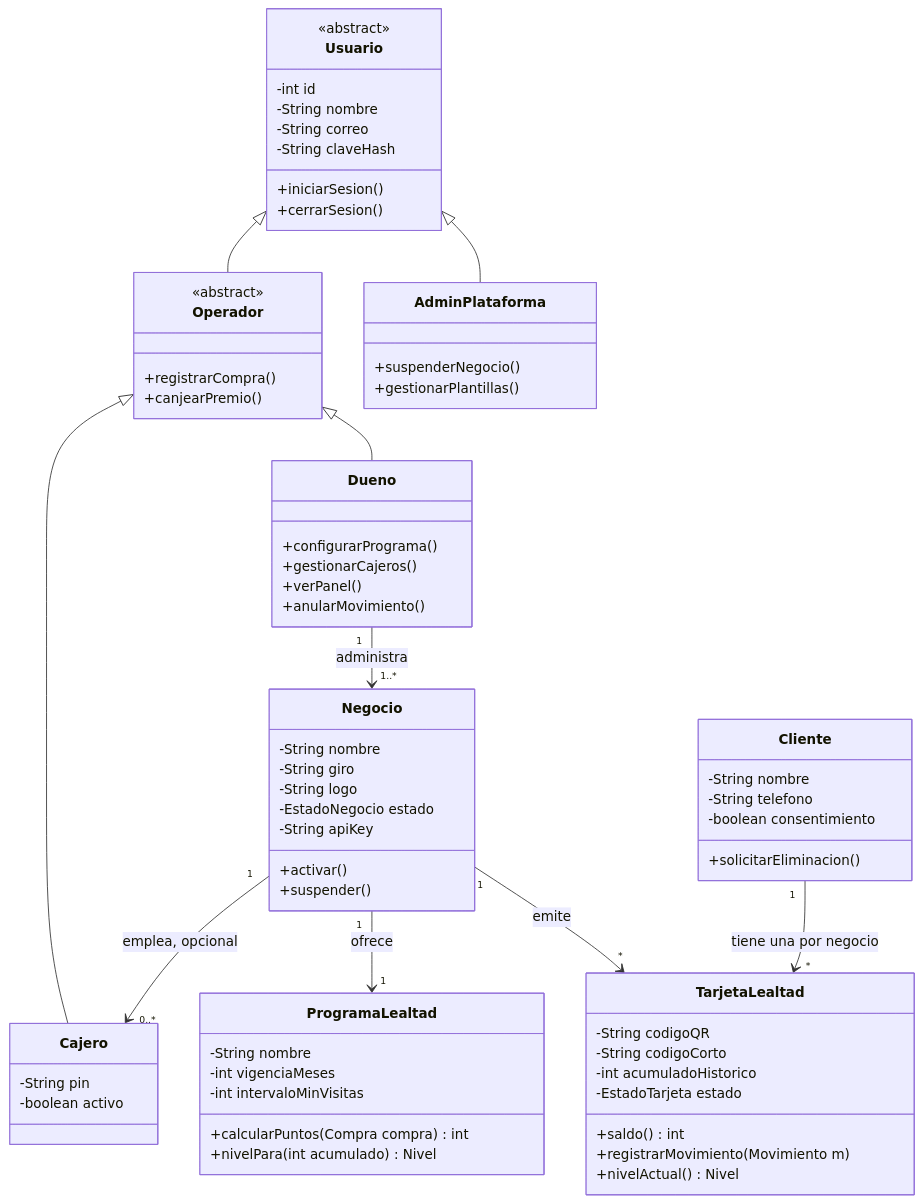
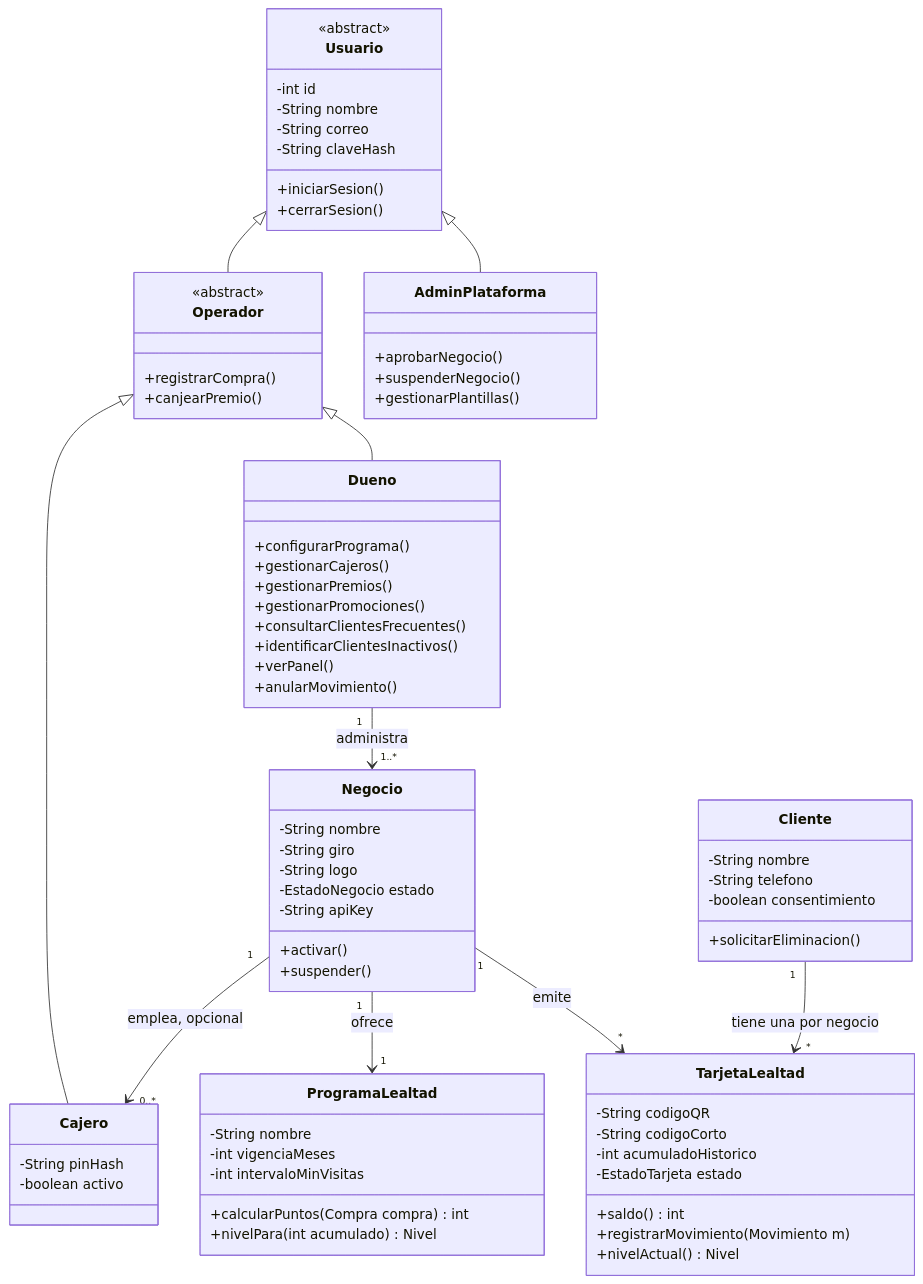
Before and after one commit to Salazarbru/loyaltyaccess: the first of 6 diagrams in docs/artefactos/diagramas de clases.md, drawn with Mermaid. The commit also changed other lines of this file and 3 other files, not shown here.

Commit message:
Se hacen cambios para que todo el proyecto tenga cohesion entre diagramas UML y requisitos

````diff
--- a/docs/artefactos/diagramas de clases.md
+++ b/docs/artefactos/diagramas de clases.md
@@ -29,72 +29,77 @@
 ```mermaid
 classDiagram
     class Usuario {
         <<abstract>>
         -int id
         -String nombre
         -String correo
         -String claveHash
         +iniciarSesion()
         +cerrarSesion()
     }
     class Operador {
         <<abstract>>
         +registrarCompra()
         +canjearPremio()
     }
     class Dueno {
         +configurarPrograma()
         +gestionarCajeros()
+        +gestionarPremios()
+        +gestionarPromociones()
+        +consultarClientesFrecuentes()
+        +identificarClientesInactivos()
         +verPanel()
         +anularMovimiento()
     }
     class Cajero {
-        -String pin
+        -String pinHash
         -boolean activo
     }
     class AdminPlataforma {
+        +aprobarNegocio()
         +suspenderNegocio()
         +gestionarPlantillas()
     }
     class Negocio {
         -String nombre
         -String giro
         -String logo
         -EstadoNegocio estado
         -String apiKey
         +activar()
         +suspender()
     }
     class ProgramaLealtad {
         -String nombre
         -int vigenciaMeses
         -int intervaloMinVisitas
         +calcularPuntos(Compra compra) int
         +nivelPara(int acumulado) Nivel
     }
     class Cliente {
         -String nombre
         -String telefono
         -boolean consentimiento
         +solicitarEliminacion()
     }
     class TarjetaLealtad {
         -String codigoQR
         -String codigoCorto
         -int acumuladoHistorico
         -EstadoTarjeta estado
         +saldo() int
         +registrarMovimiento(Movimiento m)
         +nivelActual() Nivel
     }
 
     Usuario <|-- Operador
     Usuario <|-- AdminPlataforma
     Operador <|-- Dueno
     Operador <|-- Cajero
     Dueno "1" --> "1..*" Negocio : administra
     Negocio "1" --> "0..*" Cajero : emplea, opcional
     Negocio "1" --> "1" ProgramaLealtad : ofrece
     Negocio "1" --> "*" TarjetaLealtad : emite
     Cliente "1" --> "*" TarjetaLealtad : tiene una por negocio
 ```
````
